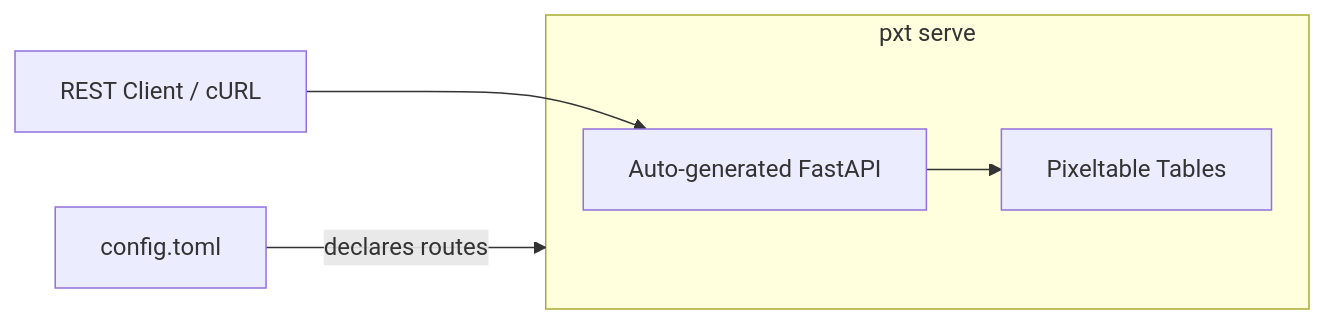
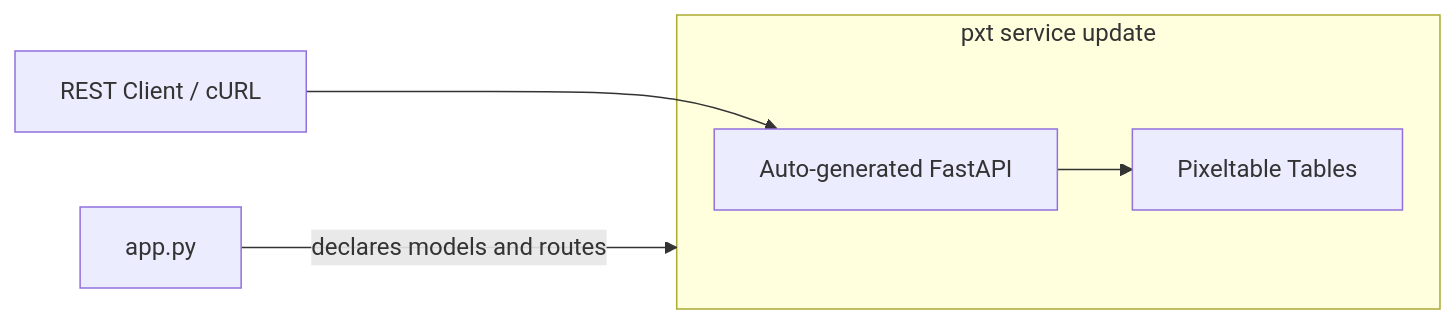
The fifth of 5 diagrams in docs/release/howto/deployment/overview.mdx (pixeltable/pixeltable), drawn with Mermaid before and after one commit. The commit also changed other lines of this file and 126 other files, not shown here.

First line of the commit message:
pxt service (#1542)

````diff
--- a/docs/release/howto/deployment/overview.mdx
+++ b/docs/release/howto/deployment/overview.mdx
@@ -332,13 +334,13 @@
 ```mermaid
 flowchart LR
     Client["REST Client / cURL"]
-    TOML["config.toml"]
+    App["app.py"]
 
-    subgraph PXT["pxt serve"]
+    subgraph PXT["pxt service update"]
         API["Auto-generated FastAPI"]
         Tables["Pixeltable Tables"]
     end
 
-    TOML -->|declares routes| PXT
+    App -->|declares models and routes| PXT
     Client --> API --> Tables
 ```
````
